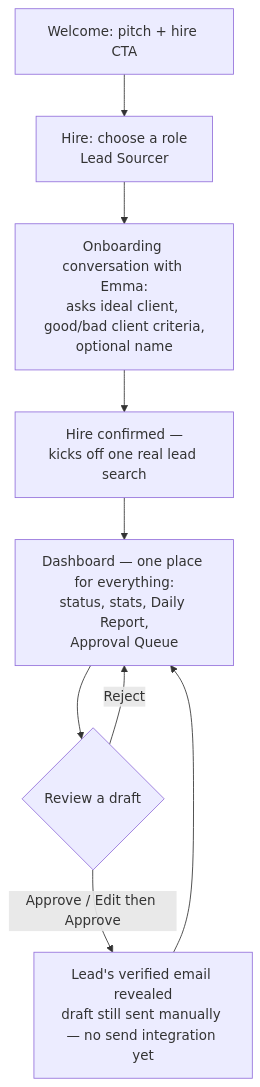
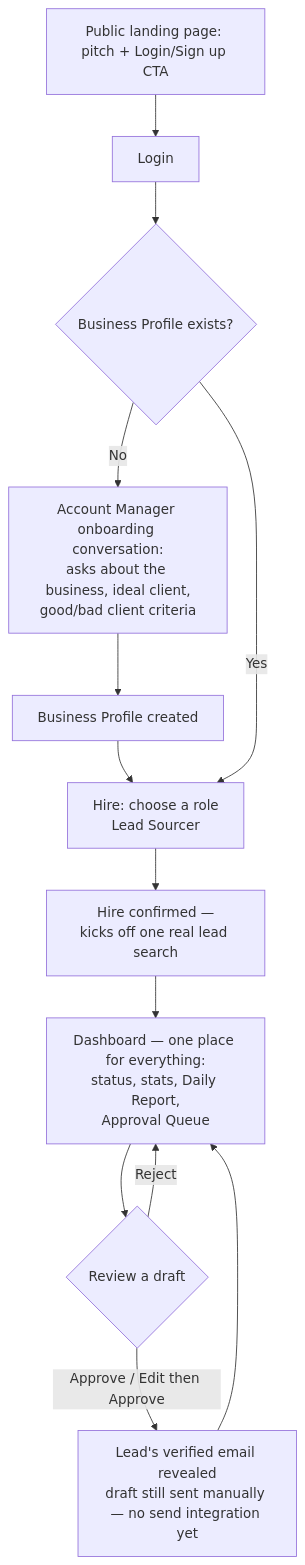
Before and after one commit to madhavsharma2106/ai-workforce-web-app: the diagram in docs/USER_JOURNEY.md, drawn with Mermaid. The commit also changed other lines of this file, not shown here.

````diff
--- a/docs/USER_JOURNEY.md
+++ b/docs/USER_JOURNEY.md
@@ -20,11 +20,15 @@
 ```mermaid
 flowchart TD
-    A[Welcome: pitch + hire CTA] --> B[Hire: choose a role<br/>Lead Sourcer]
-    B --> C[Onboarding conversation with Emma:<br/>asks ideal client, good/bad client criteria,<br/>optional name]
-    C --> D[Hire confirmed —<br/>kicks off one real lead search]
-    D --> E[Dashboard — one place for everything:<br/>status, stats, Daily Report,<br/>Approval Queue]
-    E --> F{Review a draft}
-    F -->|Approve / Edit then Approve| G[Lead's verified email revealed<br/>draft still sent manually — no send integration yet]
-    F -->|Reject| E
-    G --> E
+    A[Public landing page: pitch + Login/Sign up CTA] --> B[Login]
+    B --> C{Business Profile exists?}
+    C -->|No| D[Account Manager onboarding conversation:<br/>asks about the business, ideal client,<br/>good/bad client criteria]
+    D --> E[Business Profile created]
+    E --> F[Hire: choose a role<br/>Lead Sourcer]
+    C -->|Yes| F
+    F --> G[Hire confirmed —<br/>kicks off one real lead search]
+    G --> H[Dashboard — one place for everything:<br/>status, stats, Daily Report,<br/>Approval Queue]
+    H --> I{Review a draft}
+    I -->|Approve / Edit then Approve| J[Lead's verified email revealed<br/>draft still sent manually — no send integration yet]
+    I -->|Reject| H
+    J --> H
 ```
````
